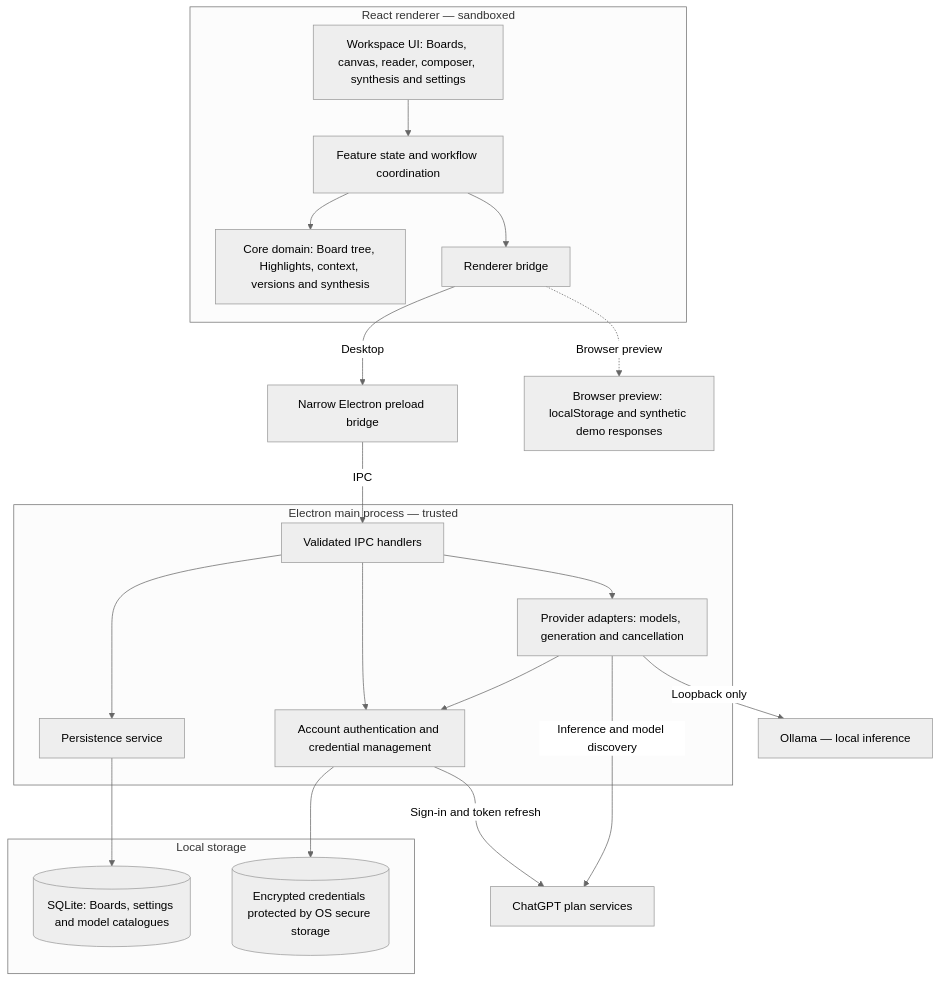
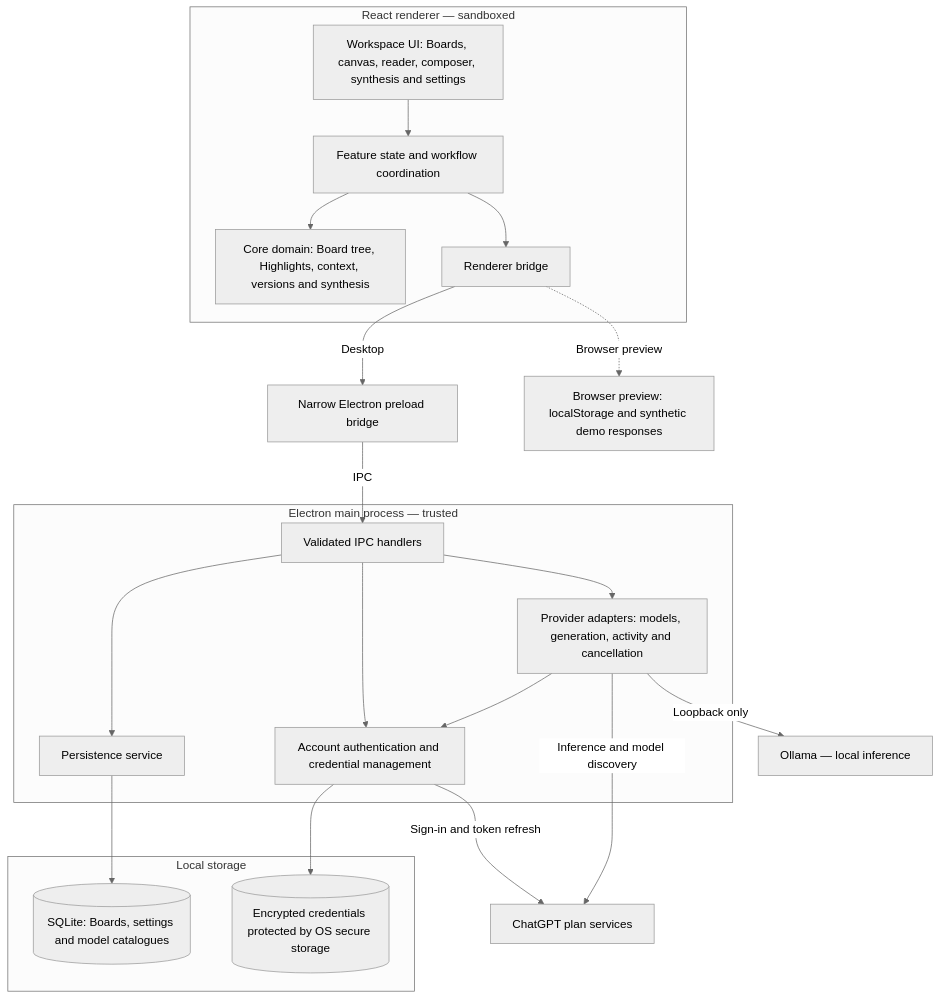
One commit to ozyjay/Noteboard changed the diagram in docs/architecture.md. Above: the diagram before and after it, drawn with Mermaid (neutral theme). The commit also changed other lines of this file and 30 other files, not shown here.

````diff
--- a/docs/architecture.md
+++ b/docs/architecture.md
@@ -7,45 +7,45 @@
 ```mermaid
 flowchart TB
   subgraph renderer["React renderer — sandboxed"]
     ui["Workspace UI: Boards, canvas, reader, composer, synthesis and settings"]
     features["Feature state and workflow coordination"]
     core["Core domain: Board tree, Highlights, context, versions and synthesis"]
     bridge["Renderer bridge"]
 
     ui --> features
     features --> core
     features --> bridge
   end
 
   preload["Narrow Electron preload bridge"]
 
   subgraph main["Electron main process — trusted"]
     ipc["Validated IPC handlers"]
     persistence["Persistence service"]
-    providers["Provider adapters: models, generation and cancellation"]
+    providers["Provider adapters: models, generation, activity and cancellation"]
     auth["Account authentication and credential management"]
 
     ipc --> persistence
     ipc --> providers
     ipc --> auth
     providers --> auth
   end
 
   subgraph storage["Local storage"]
     sqlite[("SQLite: Boards, settings and model catalogues")]
     credentials[("Encrypted credentials protected by OS secure storage")]
   end
 
   ollama["Ollama — local inference"]
   chatgpt["ChatGPT plan services"]
   preview["Browser preview: localStorage and synthetic demo responses"]
 
   bridge -->|"Desktop"| preload
   preload -->|"IPC"| ipc
   bridge -.->|"Browser preview"| preview
   persistence --> sqlite
   auth --> credentials
   auth -->|"Sign-in and token refresh"| chatgpt
   providers -->|"Loopback only"| ollama
   providers -->|"Inference and model discovery"| chatgpt
 ```
````
